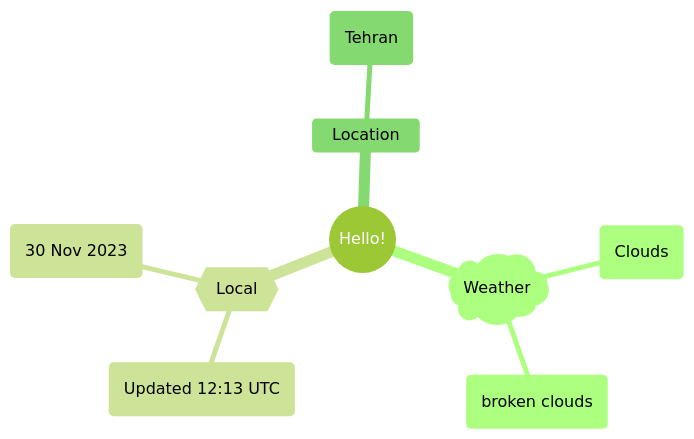
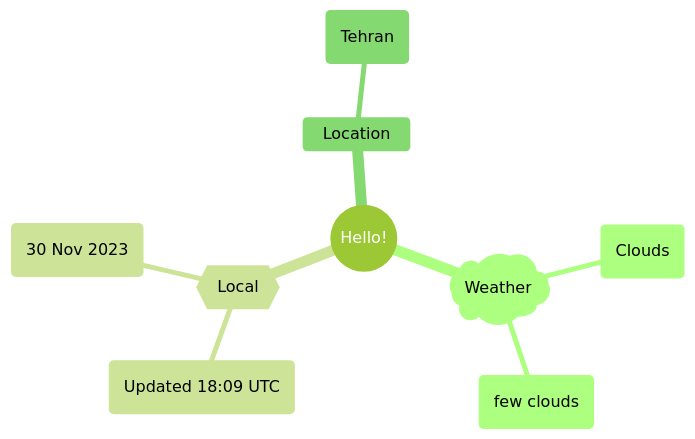
One commit to Xosrov/Xosrov changed the first of 2 diagrams in README.md. Above: the diagram before and after it, drawn with Mermaid (forest theme).

Commit message:
[bot] updated images

````diff
--- a/README.md
+++ b/README.md
@@ -3,12 +3,12 @@
 ```mermaid
 mindmap
   root((Hello!))
     )Weather(
         (Clouds)
-        (broken clouds)
+        (few clouds)
     {{Local}}
-        (Updated 12:13 UTC)
+        (Updated 18:09 UTC)
         (30 Nov 2023)
     Location
         (Tehran)
 ```
````
